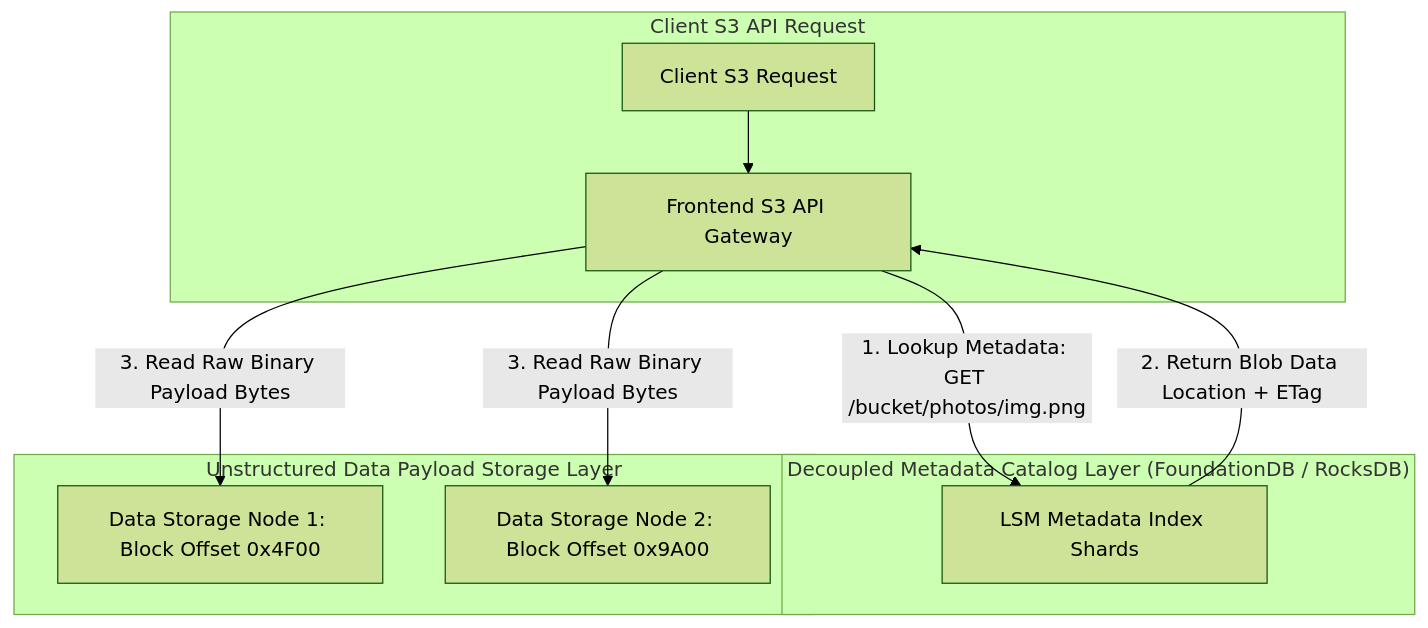
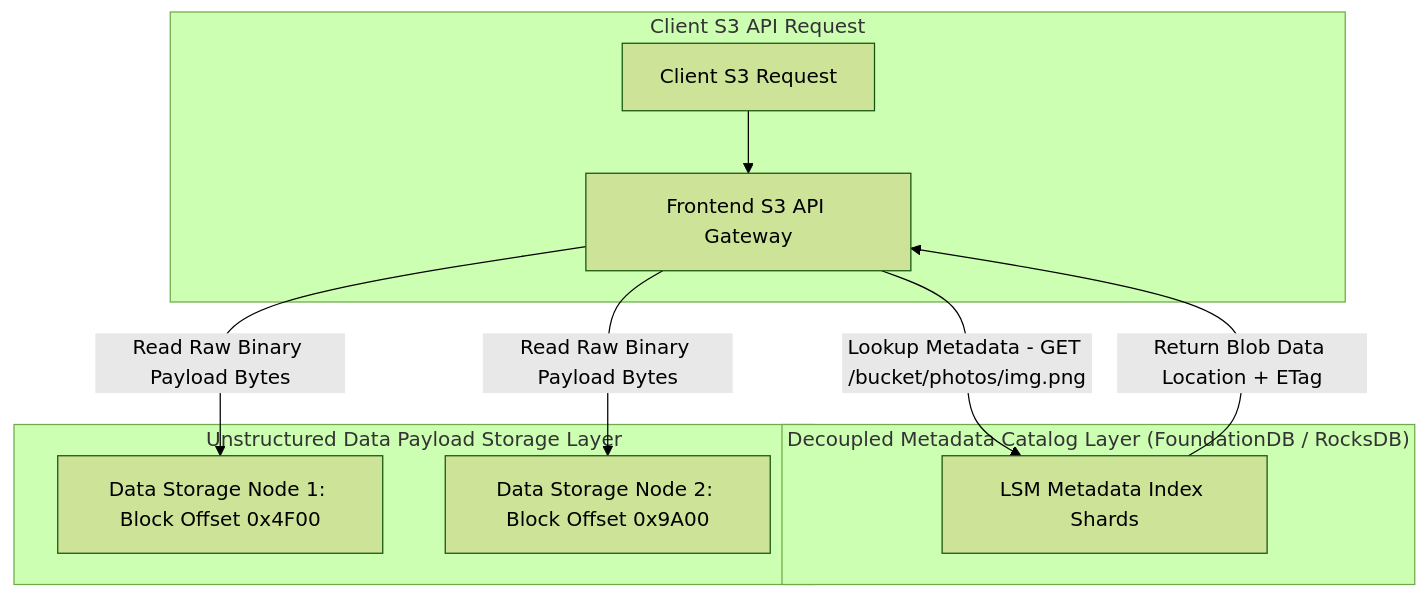
Before and after one commit to akmalkhaniub/akmalkhaniub.github.io: the diagram in blog/posts/object-storage-metadata-catalog-lsm-partitioning.md, drawn with Mermaid (forest theme). The commit also changed 411 other files, not shown here.

````diff
--- a/blog/posts/object-storage-metadata-catalog-lsm-partitioning.md
+++ b/blog/posts/object-storage-metadata-catalog-lsm-partitioning.md
@@ -21,16 +21,16 @@
 ```mermaid
-graph TD
+flowchart TD
   subgraph SG1_ClientS3Api ["Client S3 API Request"]
     Client[Client S3 Request] --> S3Proxy[Frontend S3 API Gateway]
   end
   
   subgraph SG2_DecoupledMetadataCatalog ["Decoupled Metadata Catalog Layer (FoundationDB / RocksDB)"]
-    S3Proxy -->|1. Lookup Metadata: GET /bucket/photos/img.png| MetaCatalog[LSM Metadata Index Shards]
-    MetaCatalog -->|2. Return Blob Data Location + ETag| S3Proxy
+    S3Proxy -->|Lookup Metadata - GET /bucket/photos/img.png| MetaCatalog[LSM Metadata Index Shards]
+    MetaCatalog -->|Return Blob Data Location + ETag| S3Proxy
   end
   
   subgraph SG3_UnstructuredDataPayload ["Unstructured Data Payload Storage Layer"]
-    S3Proxy -->|3. Read Raw Binary Payload Bytes| DataNode1[Data Storage Node 1: Block Offset 0x4F00]
-    S3Proxy -->|3. Read Raw Binary Payload Bytes| DataNode2[Data Storage Node 2: Block Offset 0x9A00]
+    S3Proxy -->|Read Raw Binary Payload Bytes| DataNode1[Data Storage Node 1: Block Offset 0x4F00]
+    S3Proxy -->|Read Raw Binary Payload Bytes| DataNode2[Data Storage Node 2: Block Offset 0x9A00]
   end
 ```
````
